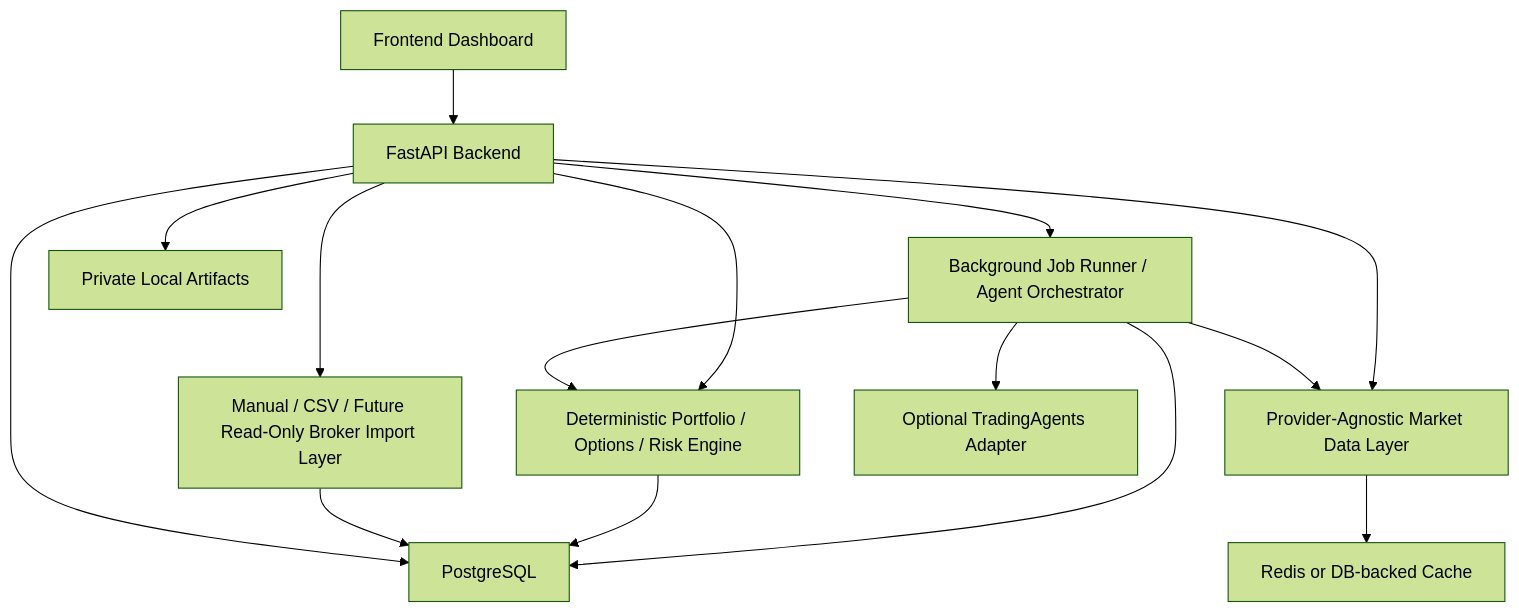
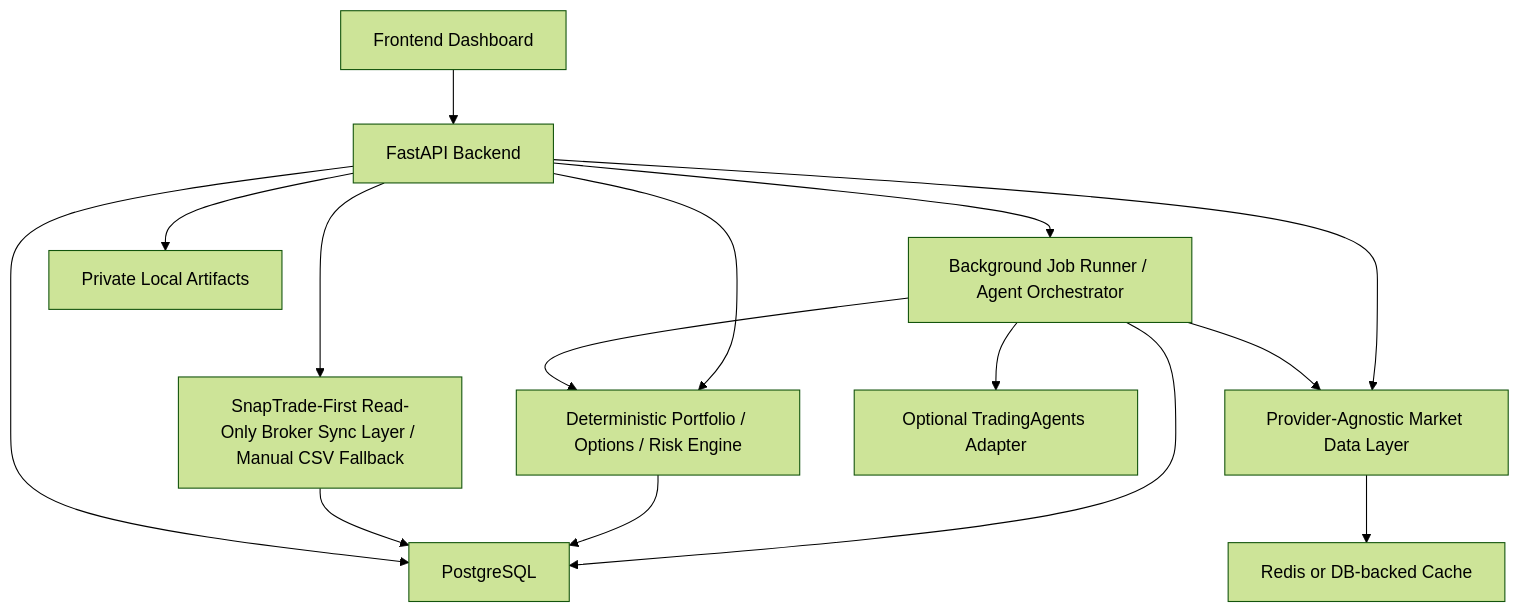
The diagram in docs/architecture.md (DravenWLY/portfolio-options-agent), drawn with Mermaid (forest theme) before and after one commit. The commit also changed other lines of this file and 30 other files, not shown here.

````diff
--- a/docs/architecture.md
+++ b/docs/architecture.md
@@ -26,28 +27,28 @@
 ```mermaid
 flowchart TD
   UI["Frontend Dashboard"]
   API["FastAPI Backend"]
   Jobs["Background Job Runner / Agent Orchestrator"]
   Core["Deterministic Portfolio / Options / Risk Engine"]
   MD["Provider-Agnostic Market Data Layer"]
-  Broker["Manual / CSV / Future Read-Only Broker Import Layer"]
+  Broker["SnapTrade-First Read-Only Broker Sync Layer / Manual CSV Fallback"]
   TA["Optional TradingAgents Adapter"]
   DB["PostgreSQL"]
   Cache["Redis or DB-backed Cache"]
   Files["Private Local Artifacts"]
 
   UI --> API
   API --> Core
   API --> MD
   API --> Broker
   API --> Jobs
   Jobs --> Core
   Jobs --> MD
   Jobs --> TA
   Jobs --> DB
   Core --> DB
   MD --> Cache
   Broker --> DB
   API --> DB
   API --> Files
 ```
````
